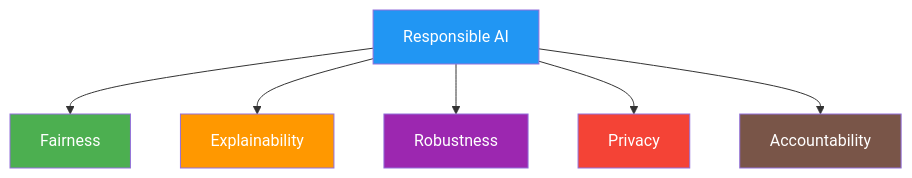
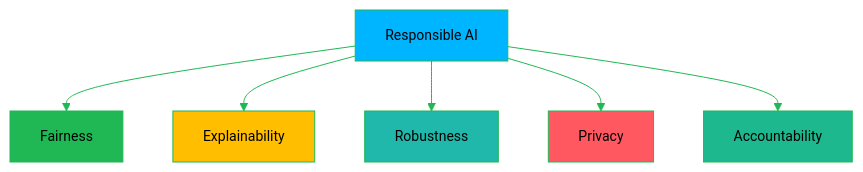
One commit to oat431/swe-knowledge changed the fifth of 5 diagrams in computing-foundation-note/Artificial_Intelligence/09_AI_SE_Intersection.md. Above: the diagram before and after it, drawn with Mermaid. The commit also changed other lines of this file and 139 other files, not shown here.

````diff
--- a/computing-foundation-note/Artificial_Intelligence/09_AI_SE_Intersection.md
+++ b/computing-foundation-note/Artificial_Intelligence/09_AI_SE_Intersection.md
@@ -687,15 +695,16 @@
 ```mermaid
+%%{init: {'theme':'base','themeVariables':{'primaryColor':'#19362D','primaryTextColor':'#CDD3D1','primaryBorderColor':'#1FB854','lineColor':'#1FB854','secondaryColor':'#161212','tertiaryColor':'#1B1717','background':'#1B1717','mainBkg':'#19362D','nodeBorder':'#1FB854','clusterBkg':'#161212','clusterBorder':'#19362D','titleColor':'#1FB854','edgeLabelBackground':'#161212','fontSize':'14px'}}}%%
 flowchart TD
     RAI[Responsible AI] --> FAIR[Fairness]
     RAI --> EXPLAIN[Explainability]
     RAI --> ROBUST[Robustness]
     RAI --> PRIV[Privacy]
     RAI --> ACCOUNT[Accountability]
 
-    style RAI fill:#2196F3,color:#fff
-    style FAIR fill:#4CAF50,color:#fff
-    style EXPLAIN fill:#FF9800,color:#fff
-    style ROBUST fill:#9C27B0,color:#fff
-    style PRIV fill:#F44336,color:#fff
-    style ACCOUNT fill:#795548,color:#fff
+    style RAI fill:#00B5FF,color:#000000
+    style FAIR fill:#1FB854,color:#000000
+    style EXPLAIN fill:#FFBE00,color:#000000
+    style ROBUST fill:#1FB8AB,color:#000000
+    style PRIV fill:#FF5861,color:#000000
+    style ACCOUNT fill:#1EB88E,color:#000000
 ```
````
